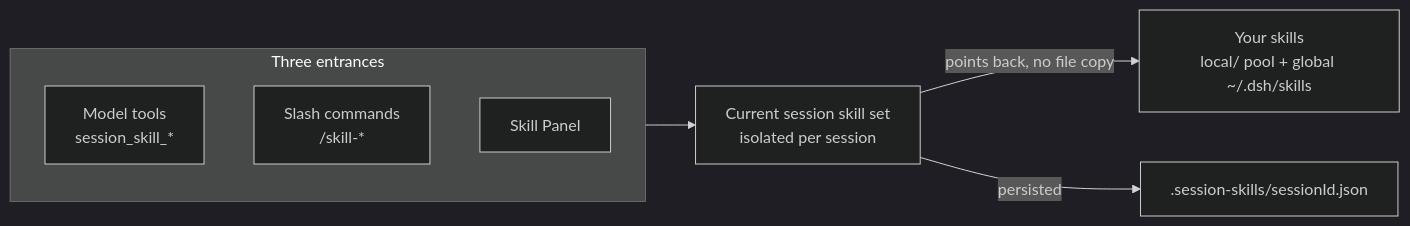
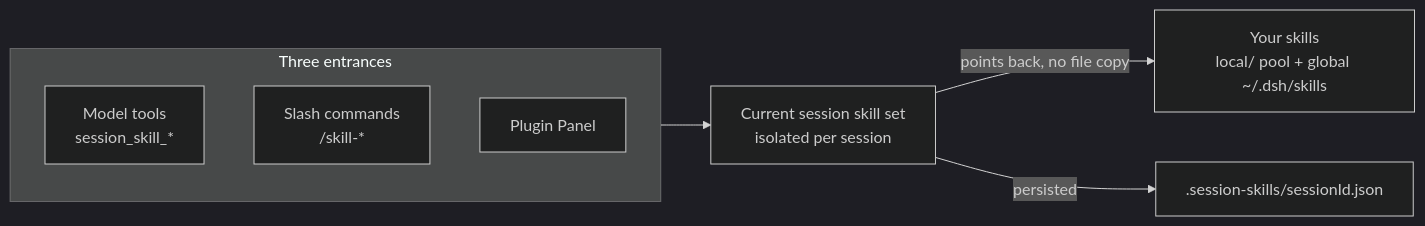
Before and after one commit to KuramiWan/dshp-plugin-panel: the diagram in README.md, drawn with Mermaid (dark theme). The commit also changed other lines of this file and 37 other files, not shown here.

First line of the commit message:
refactor(panel): rename Skill Panel to Plugin Panel

````diff
--- a/README.md
+++ b/README.md
@@ -140,11 +140,11 @@
 ```mermaid
 flowchart LR
     subgraph Entrances["Three entrances"]
         Tools["Model tools<br/>session_skill_*"]
         Cmds["Slash commands<br/>/skill-*"]
-        Panel["Skill Panel"]
+        Panel["Plugin Panel"]
     end
     Entrances --> Session["Current session skill set<br/>isolated per session"]
     Session -->|"points back, no file copy"| Folders["Your skills<br/>local/ pool + global ~/.dsh/skills"]
     Session -->|"persisted"| Persist[".session-skills/sessionId.json"]
 ```
````
